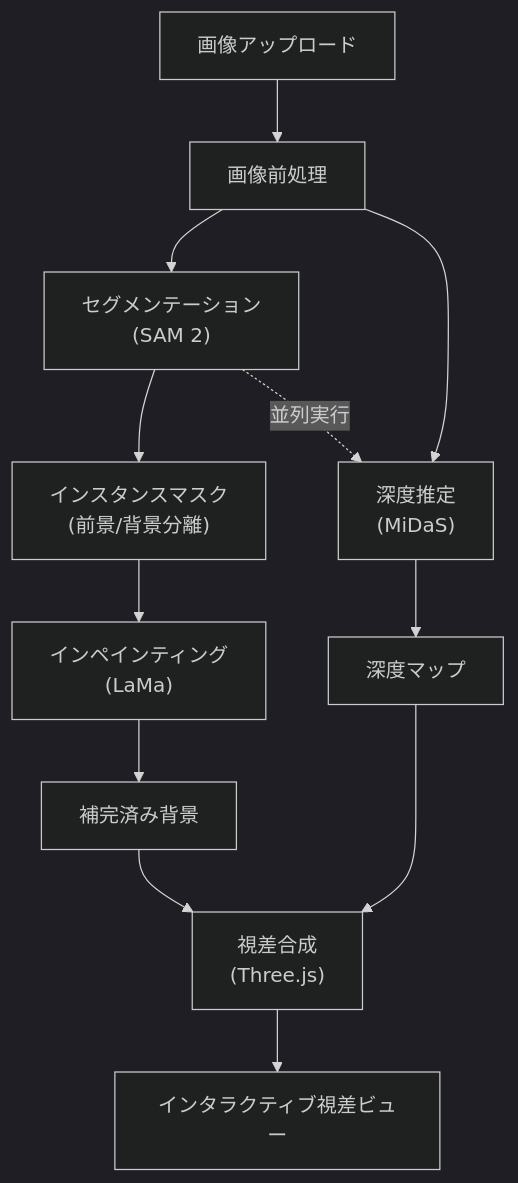
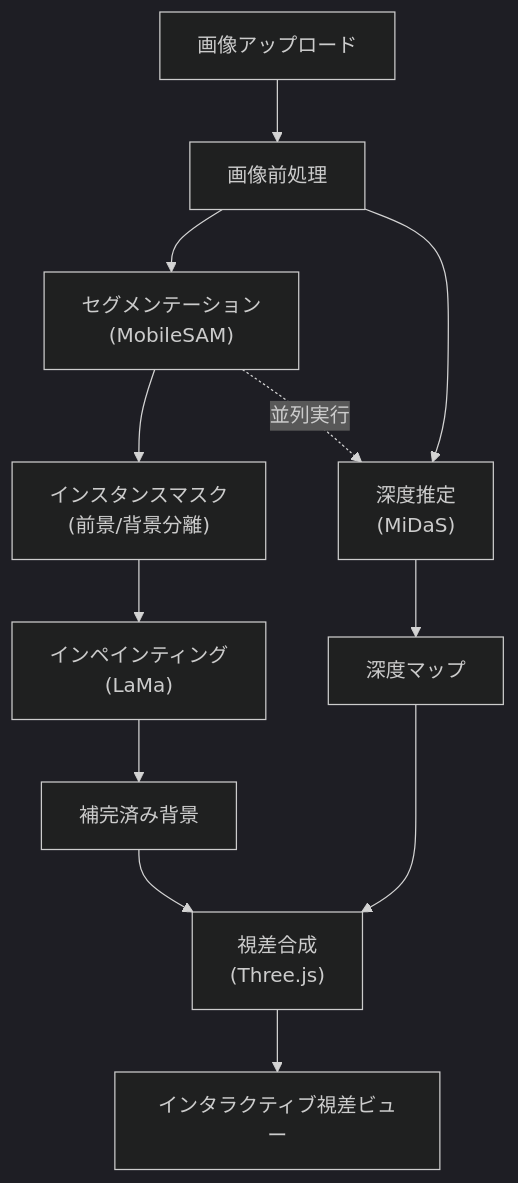
The first of 2 diagrams in docs/03-Pipeline.md (antaku66/parallax-image-generator), drawn with Mermaid before and after one commit. The commit also changed other lines of this file and 3 other files, not shown here.

````diff
--- a/docs/03-Pipeline.md
+++ b/docs/03-Pipeline.md
@@ -7,16 +7,16 @@
 ```mermaid
 %%{init: {'theme': 'dark'}}%%
 flowchart TD
     A["画像アップロード"] --> B["画像前処理"]
-    B --> C["セグメンテーション<br/>(SAM 2)"]
+    B --> C["セグメンテーション<br/>(MobileSAM)"]
     B --> D["深度推定<br/>(MiDaS)"]
     C --> E["インスタンスマスク<br/>(前景/背景分離)"]
     D --> F["深度マップ"]
     E --> G["インペインティング<br/>(LaMa)"]
     G --> H["補完済み背景"]
     H --> I["視差合成<br/>(Three.js)"]
     F --> I
     I --> J["インタラクティブ視差ビュー"]
 
     C -.->|並列実行| D
 ```
````
